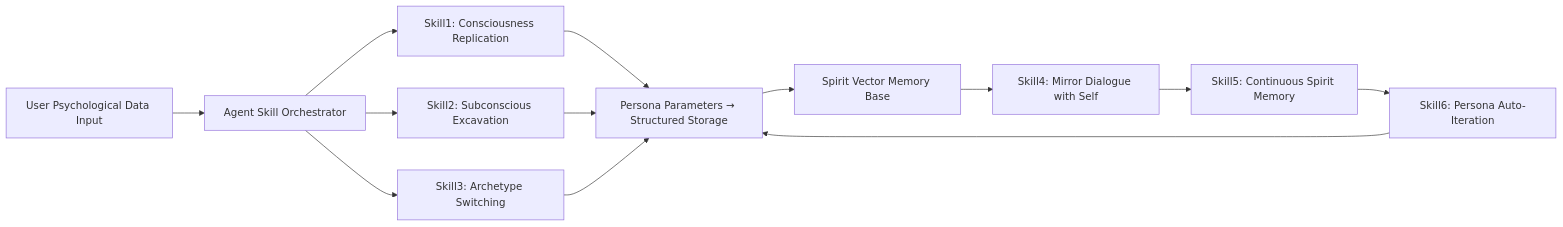
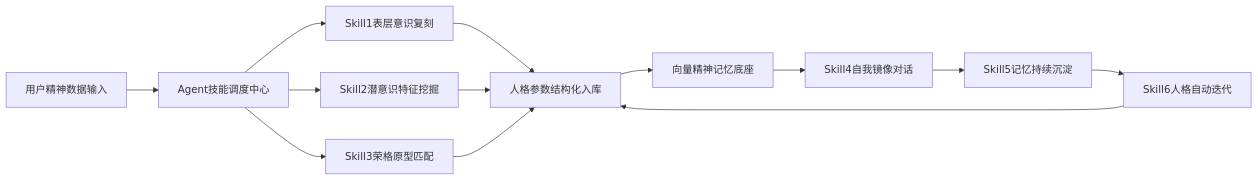
The diagram in flowchart/agent_flow.mermaid (zhwenchao/jungian-soul-agent-skills), drawn with Mermaid before and after one commit. The commit also changed 19 other files, not shown here.

```diff
--- a/flowchart/agent_flow.mermaid
+++ b/flowchart/agent_flow.mermaid
@@ -1,11 +1,11 @@
 flowchart LR
-    A[User Psychological Data Input] --> B[Agent Skill Orchestrator]
-    B --> C[Skill1: Consciousness Replication]
-    B --> D[Skill2: Subconscious Excavation]
-    B --> E[Skill3: Archetype Switching]
-    C & D & E --> F[Persona Parameters → Structured Storage]
-    F --> G[Spirit Vector Memory Base]
-    G --> H[Skill4: Mirror Dialogue with Self]
-    H --> I[Skill5: Continuous Spirit Memory]
-    I --> J[Skill6: Persona Auto-Iteration]
+    A[用户精神数据输入] --> B[Agent技能调度中心]
+    B --> C[Skill1表层意识复刻]
+    B --> D[Skill2潜意识特征挖掘]
+    B --> E[Skill3荣格原型匹配]
+    C & D & E --> F[人格参数结构化入库]
+    F --> G[向量精神记忆底座]
+    G --> H[Skill4自我镜像对话]
+    H --> I[Skill5记忆持续沉淀]
+    I --> J[Skill6人格自动迭代]
     J --> F
```
